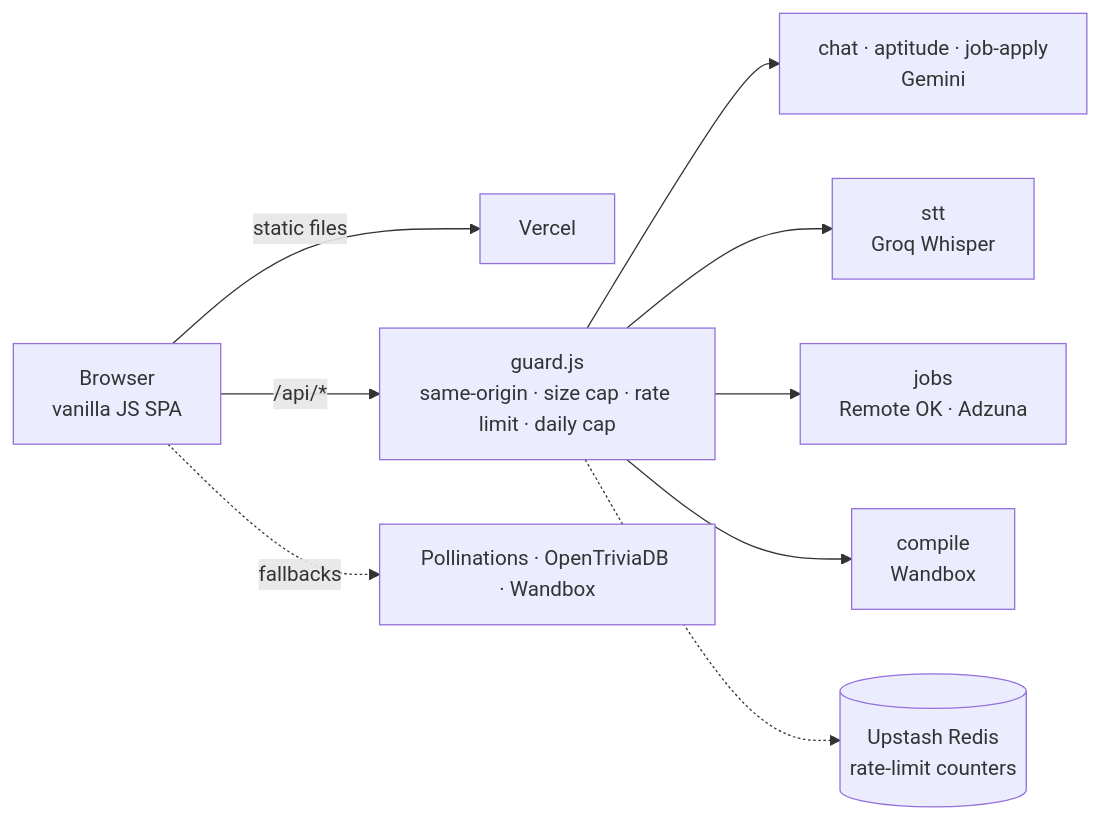
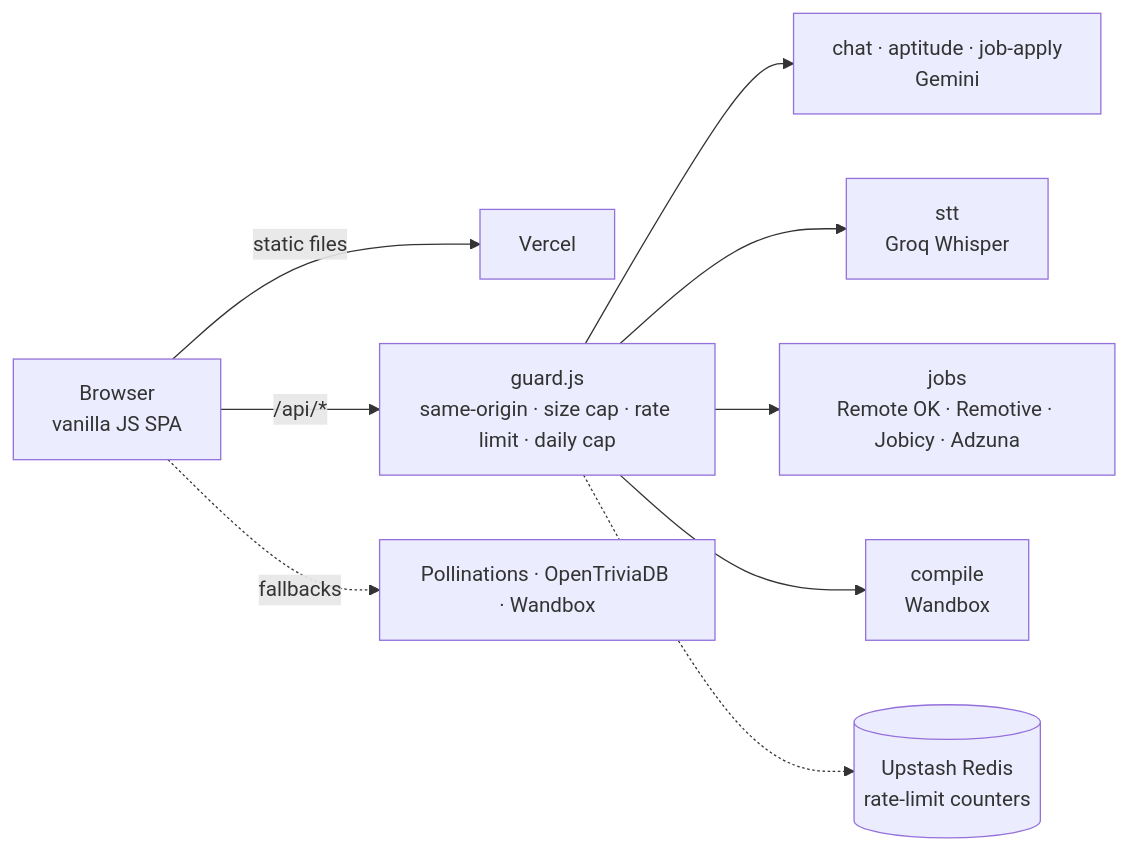
The diagram in README.md (tanp4577-web/AiplacementTracker), drawn with Mermaid before and after one commit. The commit also changed other lines of this file and 3 other files, not shown here.

````diff
--- a/README.md
+++ b/README.md
@@ -34,11 +34,11 @@
 ```mermaid
 flowchart LR
   B[Browser<br/>vanilla JS SPA] -->|static files| V[Vercel]
   B -->|/api/*| G[guard.js<br/>same-origin · size cap · rate limit · daily cap]
   G --> C[chat · aptitude · job-apply<br/>Gemini]
   G --> S[stt<br/>Groq Whisper]
-  G --> J[jobs<br/>Remote OK · Adzuna]
+  G --> J[jobs<br/>Remote OK · Remotive · Jobicy · Adzuna]
   G --> W[compile<br/>Wandbox]
   G -.-> U[(Upstash Redis<br/>rate-limit counters)]
   B -.->|fallbacks| P[Pollinations · OpenTriviaDB · Wandbox]
 ```
````
